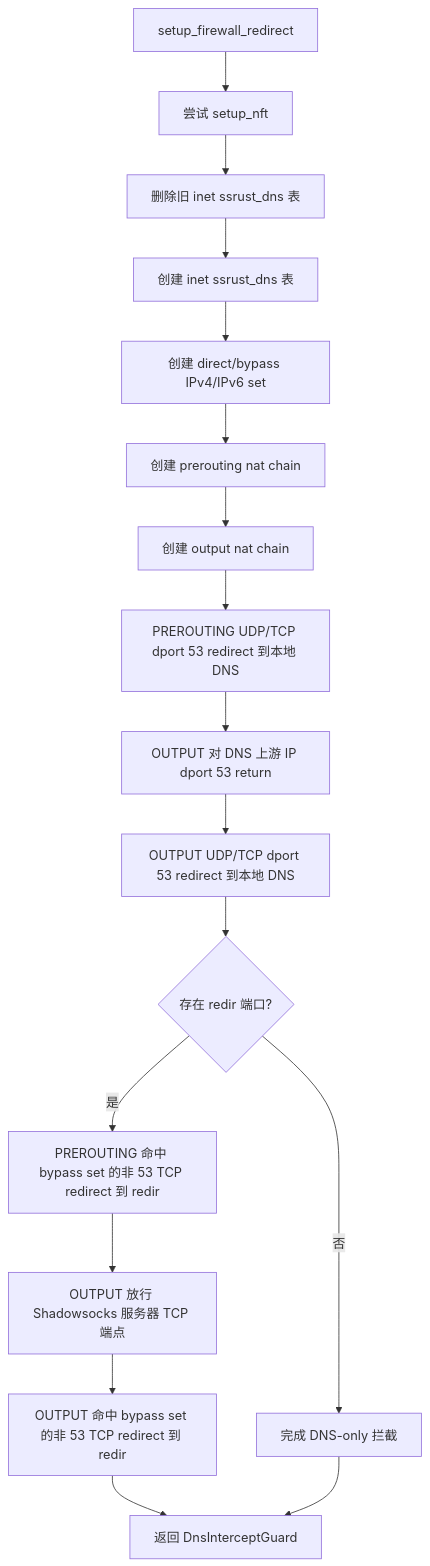
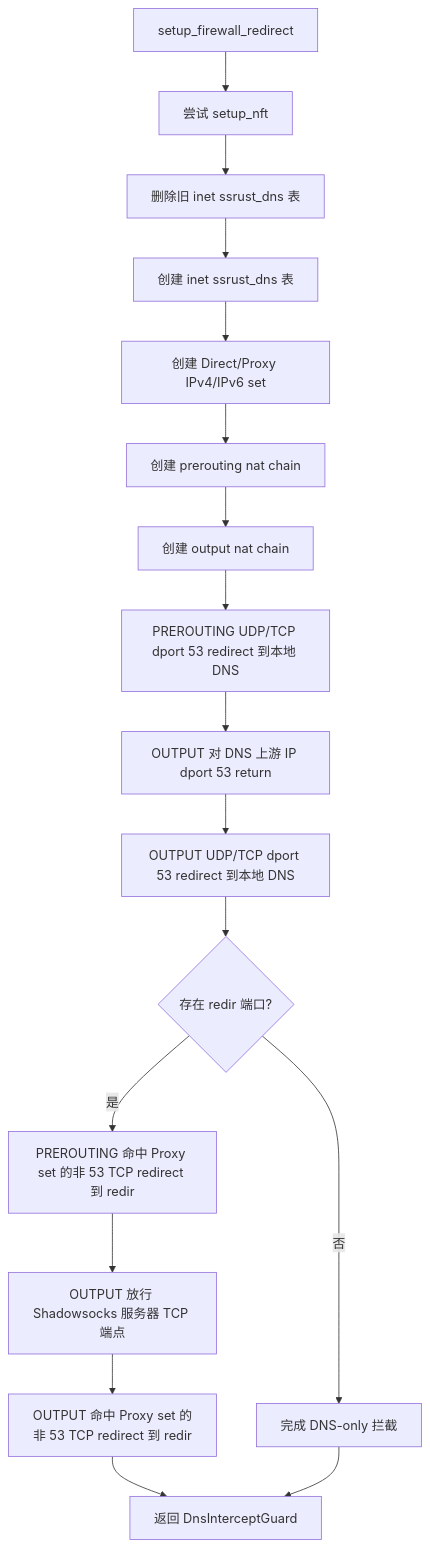
Before and after one commit to xiedeacc/shadowsocks-rust: the fifth of 14 diagrams in routing.md, drawn with Mermaid. The commit also changed other lines of this file and 3 other files, not shown here.

````diff
--- a/routing.md
+++ b/routing.md
@@ -567,19 +515,19 @@
 ```mermaid
 flowchart TD
     A[setup_firewall_redirect] --> B[尝试 setup_nft]
     B --> C[删除旧 inet ssrust_dns 表]
     C --> D[创建 inet ssrust_dns 表]
-    D --> E[创建 direct/bypass IPv4/IPv6 set]
+    D --> E[创建 Direct/Proxy IPv4/IPv6 set]
     E --> F[创建 prerouting nat chain]
     F --> G[创建 output nat chain]
     G --> H[PREROUTING UDP/TCP dport 53 redirect 到本地 DNS]
     H --> I[OUTPUT 对 DNS 上游 IP dport 53 return]
     I --> J[OUTPUT UDP/TCP dport 53 redirect 到本地 DNS]
     J --> K{存在 redir 端口?}
-    K -- 是 --> L[PREROUTING 命中 bypass set 的非 53 TCP redirect 到 redir]
+    K -- 是 --> L[PREROUTING 命中 Proxy set 的非 53 TCP redirect 到 redir]
     L --> M[OUTPUT 放行 Shadowsocks 服务器 TCP 端点]
-    M --> N[OUTPUT 命中 bypass set 的非 53 TCP redirect 到 redir]
+    M --> N[OUTPUT 命中 Proxy set 的非 53 TCP redirect 到 redir]
     K -- 否 --> O[完成 DNS-only 拦截]
     N --> P[返回 DnsInterceptGuard]
     O --> P
 ```
````
